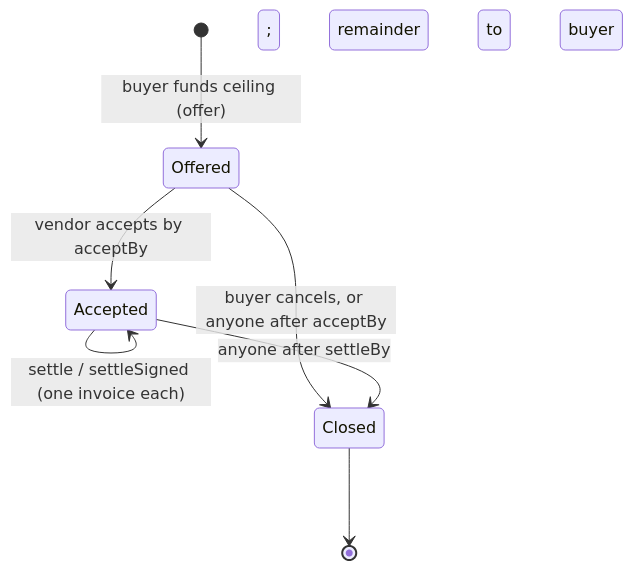
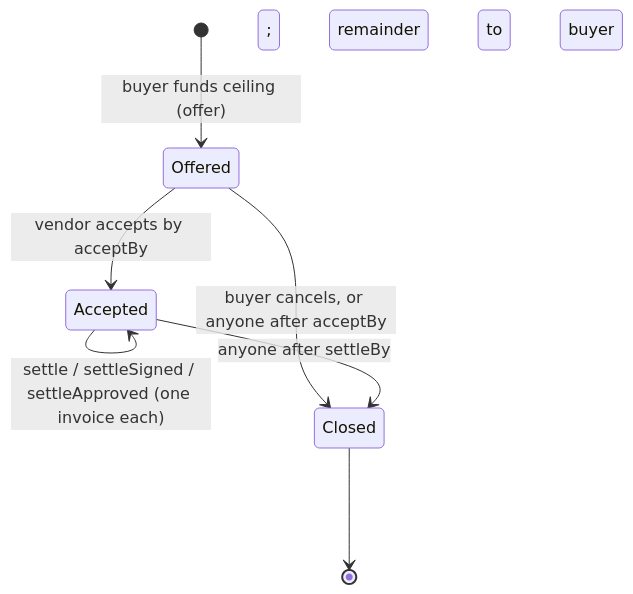
The second of 6 diagrams in case.md (mnemonik-xyz/warrant), drawn with Mermaid before and after one commit. The commit also changed other lines of this file and 4 other files, not shown here.

First line of the commit message:
Docs: per-order signer, buyer approval and the signing service flow (#5)

````diff
--- a/case.md
+++ b/case.md
@@ -61,9 +61,9 @@
 ```mermaid
 stateDiagram-v2
     [*] --> Offered: buyer funds ceiling (offer)
     Offered --> Accepted: vendor accepts by acceptBy
     Offered --> Closed: buyer cancels, or anyone after acceptBy
-    Accepted --> Accepted: settle / settleSigned (one invoice each)
+    Accepted --> Accepted: settle / settleSigned / settleApproved (one invoice each)
     Accepted --> Closed: anyone after settleBy; remainder to buyer
     Closed --> [*]
 ```
````
